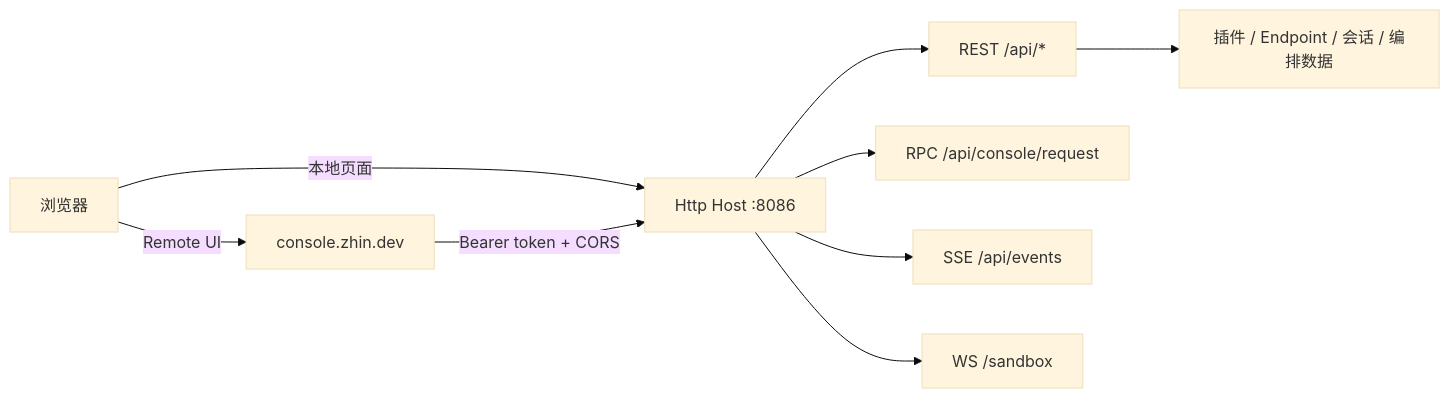
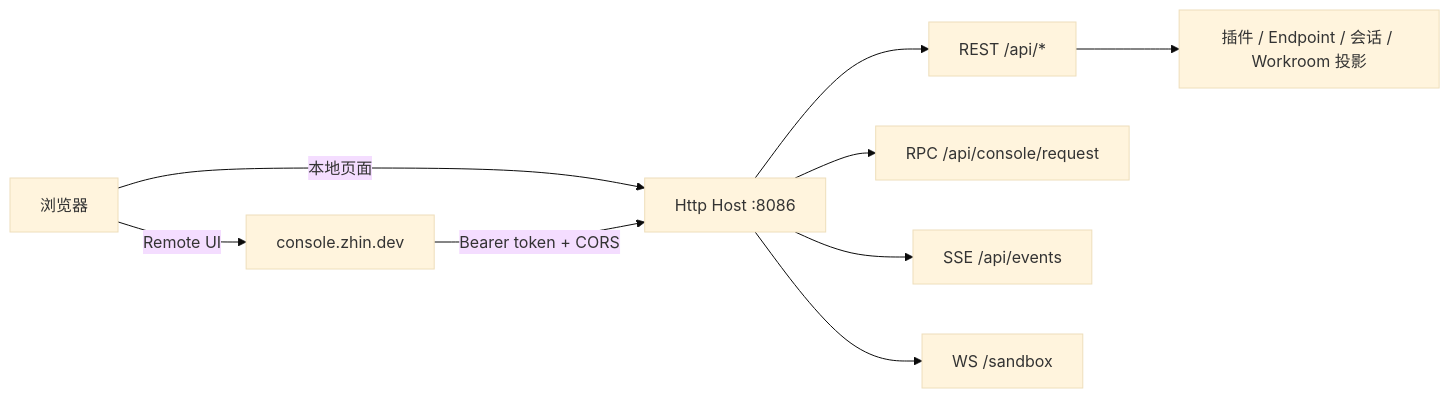
One commit to zhinjs/zhin changed the diagram in docs/console/index.md. Above: the diagram before and after it, drawn with Mermaid (base theme). The commit also changed other lines of this file and 121 other files, not shown here.

````diff
--- a/docs/console/index.md
+++ b/docs/console/index.md
@@ -9,11 +9,11 @@
 ```mermaid
 flowchart LR
     B[浏览器] -->|Remote UI| RC[console.zhin.dev]
     B -->|本地页面| H
     RC -->|Bearer token + CORS| H[Http Host :8086]
     H --> R1[REST /api/*]
     H --> R2[RPC /api/console/request]
     H --> R3[SSE /api/events]
     H --> R4[WS /sandbox]
-    R1 --> P[插件 / Endpoint / 会话 / 编排数据]
+    R1 --> P[插件 / Endpoint / 会话 / Workroom 投影]
 ```
````
